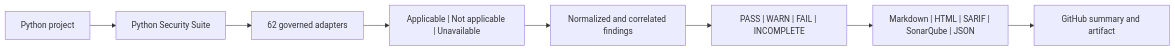
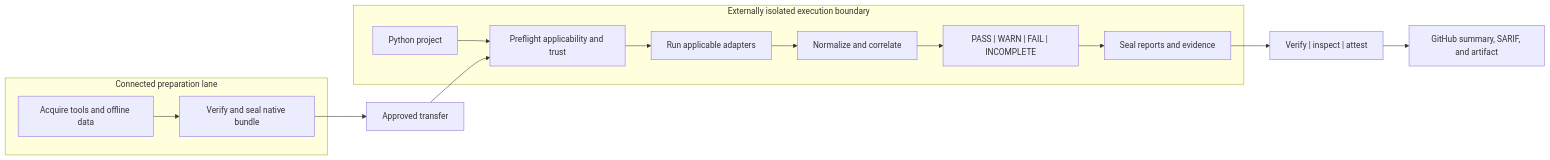
Before and after one commit to willtran87/project-py-security-suite: the diagram in README.md, drawn with Mermaid. The commit also changed other lines of this file and 10 other files, not shown here.

````diff
--- a/README.md
+++ b/README.md
@@ -56,10 +49,17 @@
 ```mermaid
 flowchart LR
-    Project["Python project"] --> Suite["Python Security Suite"]
-    Suite --> Tools["62 governed adapters"]
-    Tools --> Applicability["Applicable | Not applicable | Unavailable"]
-    Applicability --> Findings["Normalized and correlated findings"]
-    Findings --> Policy["PASS | WARN | FAIL | INCOMPLETE"]
-    Policy --> Reports["Markdown | HTML | SARIF | SonarQube | JSON"]
-    Reports --> GitHub["GitHub summary and artifact"]
+    subgraph Prep["Connected preparation lane"]
+        Acquire["Acquire tools and offline data"] --> Bundle["Verify and seal native bundle"]
+    end
+    Bundle --> Transfer["Approved transfer"]
+    subgraph Boundary["Externally isolated execution boundary"]
+        Project["Python project"] --> Doctor["Preflight applicability and trust"]
+        Doctor --> Scan["Run applicable adapters"]
+        Scan --> Findings["Normalize and correlate"]
+        Findings --> Policy["PASS | WARN | FAIL | INCOMPLETE"]
+        Policy --> Reports["Seal reports and evidence"]
+    end
+    Transfer --> Doctor
+    Reports --> Verify["Verify | inspect | attest"]
+    Verify --> Publish["GitHub summary, SARIF, and artifact"]
 ```
````
